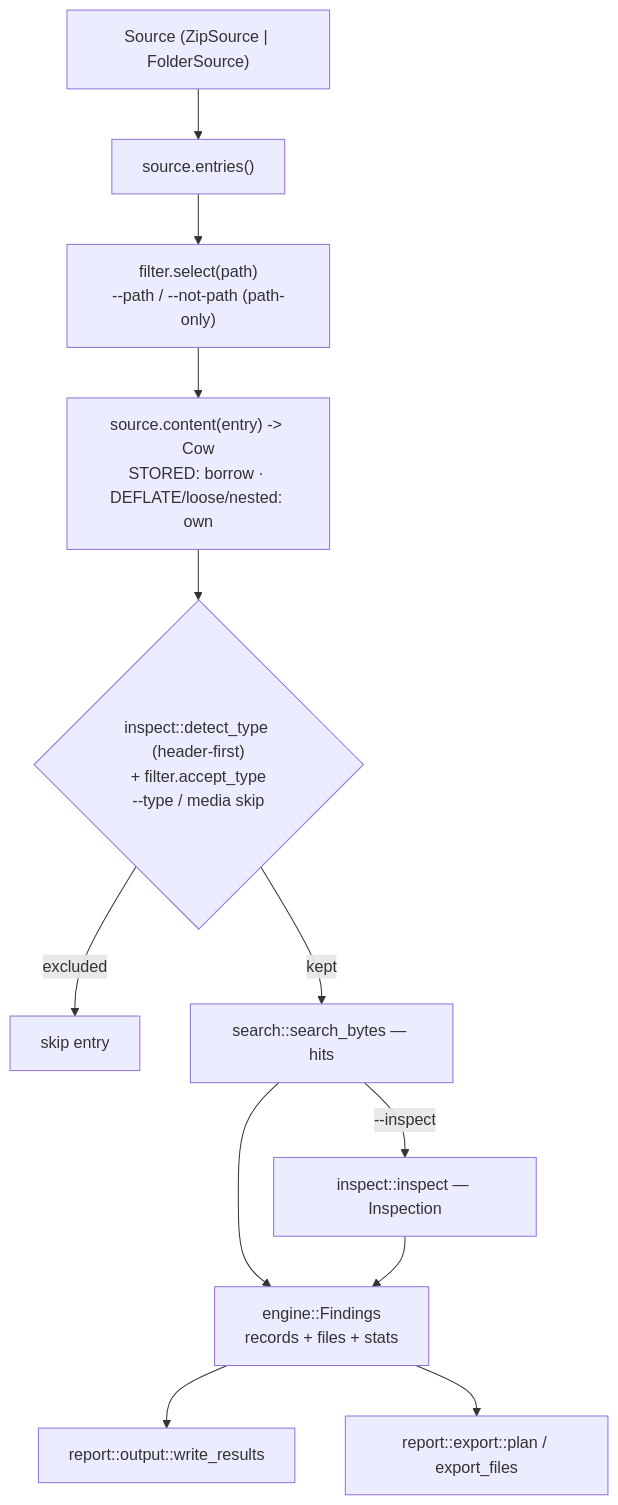
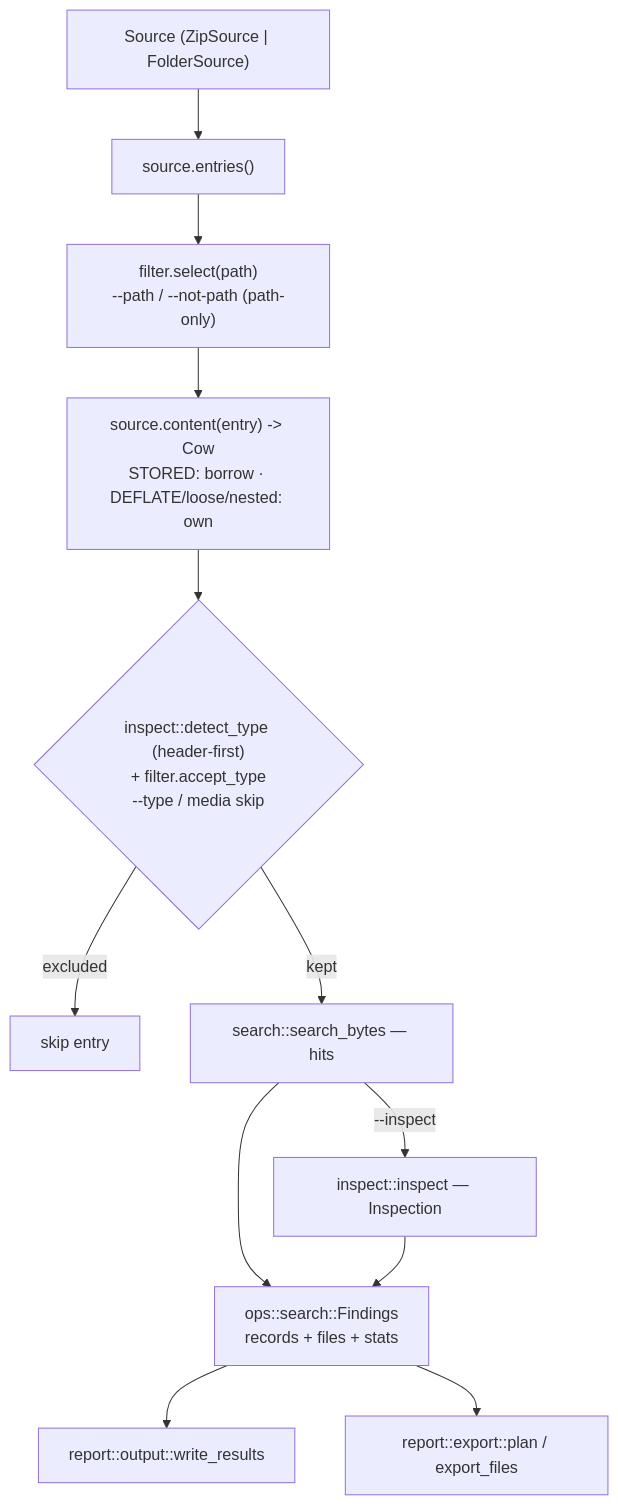
The second of 2 diagrams in docs/architecture.md (Ben0x0a/mf-scan), drawn with Mermaid before and after one commit. The commit also changed other lines of this file and 198 other files, not shown here.

````diff
--- a/docs/architecture.md
+++ b/docs/architecture.md
@@ -120,15 +147,15 @@
 ```mermaid
 flowchart TD
     A["Source (ZipSource | FolderSource)"]
     A --> B["source.entries()"]
     B --> C["filter.select(path)<br/>--path / --not-path (path-only)"]
     C --> D["source.content(entry) -> Cow<br/>STORED: borrow · DEFLATE/loose/nested: own"]
     D --> E{"inspect::detect_type (header-first)<br/>+ filter.accept_type<br/>--type / media skip"}
     E -->|excluded| Z["skip entry"]
     E -->|kept| F["search::search_bytes — hits"]
     F -->|"--inspect"| G["inspect::inspect — Inspection"]
-    F --> H["engine::Findings<br/>records + files + stats"]
+    F --> H["ops::search::Findings<br/>records + files + stats"]
     G --> H
     H --> I["report::output::write_results"]
     H --> J["report::export::plan / export_files"]
 ```
````
